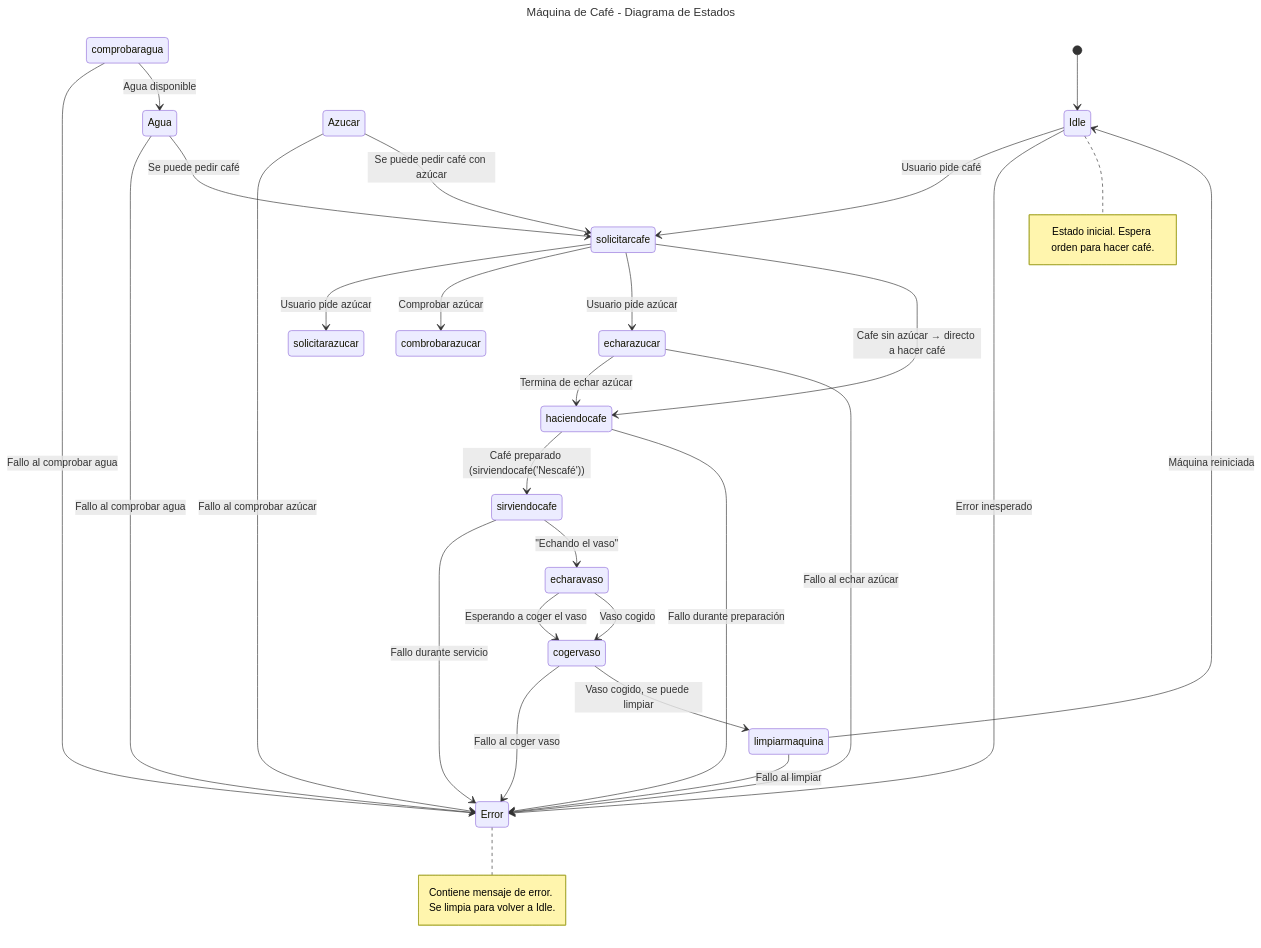
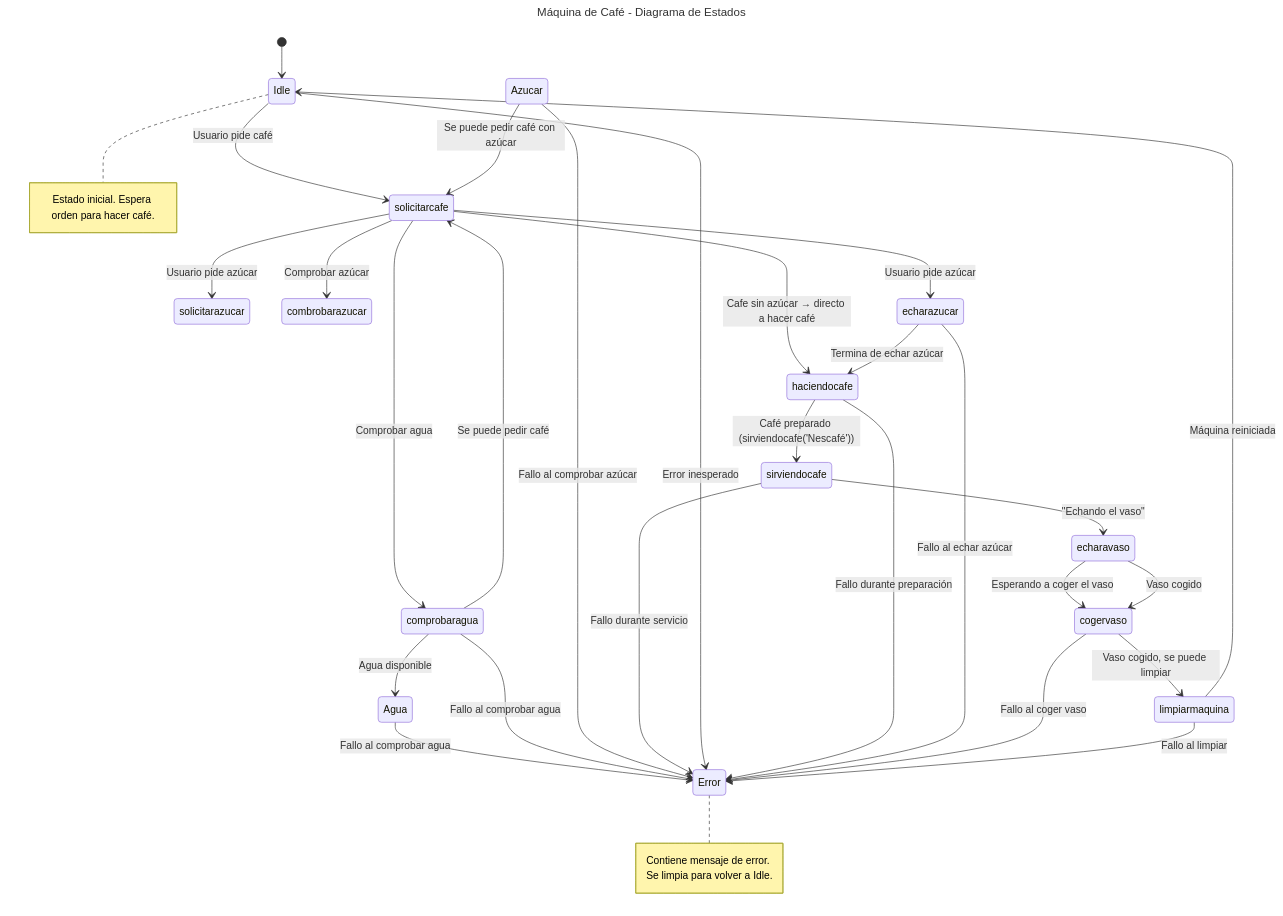
One commit to shermidagre/PMDM changed the diagram in 1trabajo/src/diagrama.mmd. Above: the diagram before and after it, drawn with Mermaid.

Commit message:
random para probar

```diff
--- a/1trabajo/src/diagrama.mmd
+++ b/1trabajo/src/diagrama.mmd
@@ -1,31 +1,33 @@
 ---
 title: Máquina de Café - Diagrama de Estados
 ---
 stateDiagram-v2
 [*] --> Idle
 Idle --> solicitarcafe: Usuario pide café
-comprobaragua --> Error: Fallo al comprobar agua
+solicitarcafe --> comprobaragua: Comprobar agua
 comprobaragua --> Agua: Agua disponible
 Agua --> Error: Fallo al comprobar agua
-Agua --> solicitarcafe: Se puede pedir café
+comprobaragua --> solicitarcafe: Se puede pedir café
+comprobaragua --> Error: Fallo al comprobar agua
+
 solicitarcafe --> solicitarazucar: Usuario pide azúcar
 solicitarcafe --> combrobarazucar: Comprobar azúcar
 Azucar --> Error: Fallo al comprobar azúcar
 Azucar --> solicitarcafe: Se puede pedir café con azúcar
 solicitarcafe --> echarazucar: Usuario pide azúcar
 solicitarcafe --> haciendocafe: Cafe sin azúcar → directo a hacer café
 echarazucar --> haciendocafe: Termina de echar azúcar
 haciendocafe --> sirviendocafe: Café preparado (sirviendocafe('Nescafé'))
 sirviendocafe --> Error: Fallo durante servicio
 Idle --> Error: Error inesperado
 haciendocafe --> Error: Fallo durante preparación
 echarazucar --> Error: Fallo al echar azúcar
 sirviendocafe --> echaravaso: "Echando el vaso"
 echaravaso --> cogervaso: Esperando a coger el vaso
 cogervaso --> Error: Fallo al coger vaso
 echaravaso --> cogervaso: Vaso cogido
 cogervaso --> limpiarmaquina:  Vaso cogido, se puede limpiar
 limpiarmaquina --> Idle: Máquina reiniciada
 limpiarmaquina --> Error: Fallo al limpiar
 note right of Idle: Estado inicial. Espera orden para hacer café.
 note right of Error: Contiene mensaje de error. Se limpia para volver a Idle.
```
